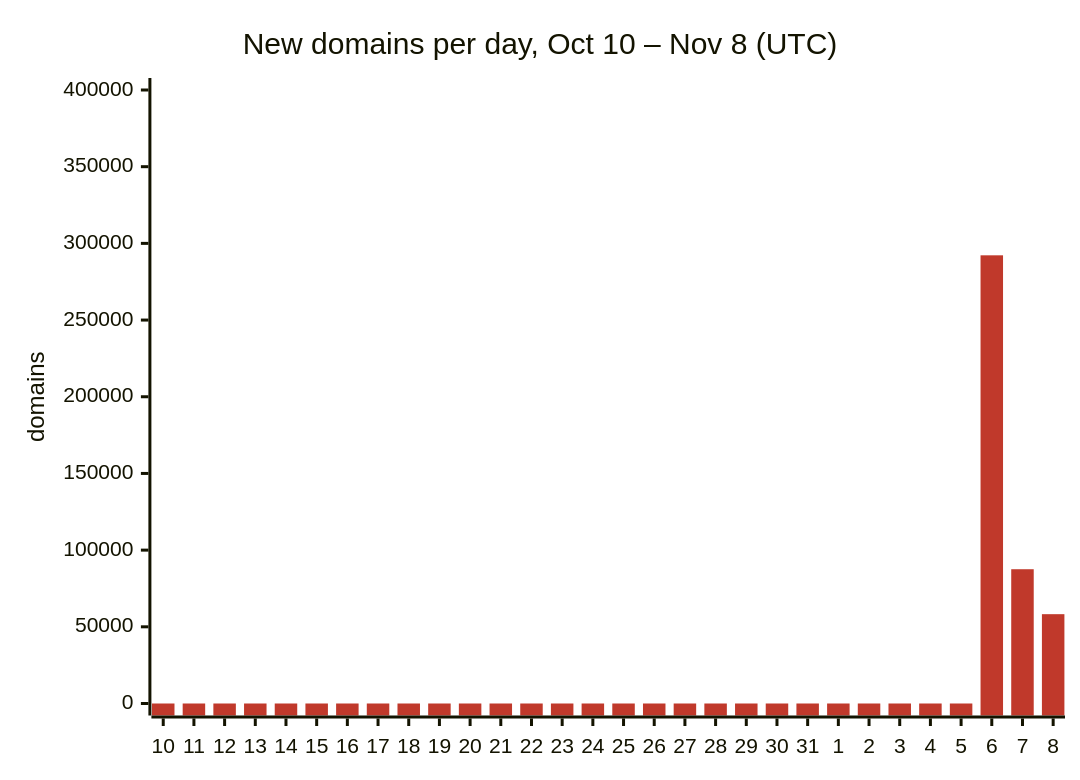
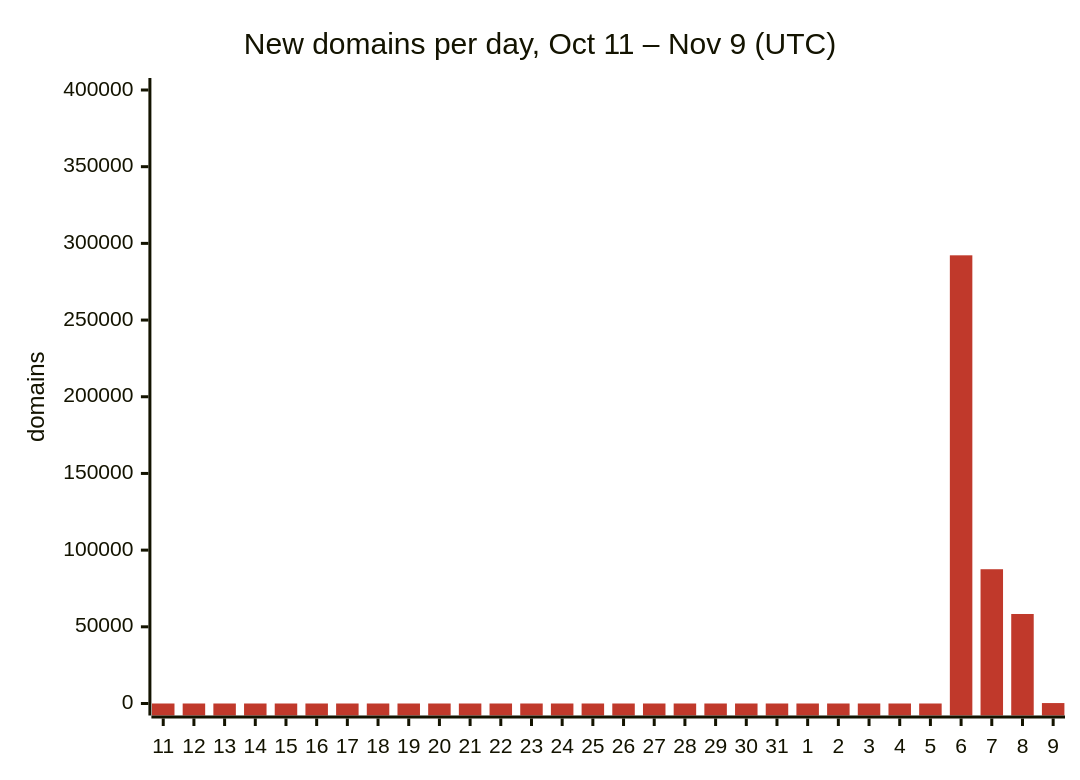
Before and after one commit to DNSBunker/CTI: the first of 3 diagrams in README.md, drawn with Mermaid. The commit also changed other lines of this file and 3 other files, not shown here.

First line of the commit message:
Update 2026-11-09 00:11 UTC: 396886 domains

````diff
--- a/README.md
+++ b/README.md
@@ -29,8 +29,8 @@
 ```mermaid
 %%{init: {"themeVariables": {"xyChart": {"plotColorPalette": "#c0392b"}}}}%%
 xychart-beta
-    title "New domains per day, Oct 10 – Nov 8 (UTC)"
-    x-axis ["10", "11", "12", "13", "14", "15", "16", "17", "18", "19", "20", "21", "22", "23", "24", "25", "26", "27", "28", "29", "30", "31", "1", "2", "3", "4", "5", "6", "7", "8"]
+    title "New domains per day, Oct 11 – Nov 9 (UTC)"
+    x-axis ["11", "12", "13", "14", "15", "16", "17", "18", "19", "20", "21", "22", "23", "24", "25", "26", "27", "28", "29", "30", "31", "1", "2", "3", "4", "5", "6", "7", "8", "9"]
     y-axis "domains" 0 --> 400000
-    bar [0, 0, 0, 0, 0, 0, 0, 0, 0, 0, 0, 0, 0, 0, 0, 0, 0, 0, 0, 0, 0, 0, 0, 0, 0, 0, 0, 292213, 87546, 58239]
+    bar [0, 0, 0, 0, 0, 0, 0, 0, 0, 0, 0, 0, 0, 0, 0, 0, 0, 0, 0, 0, 0, 0, 0, 0, 0, 0, 292213, 87546, 58360, 282]
 ```
````
